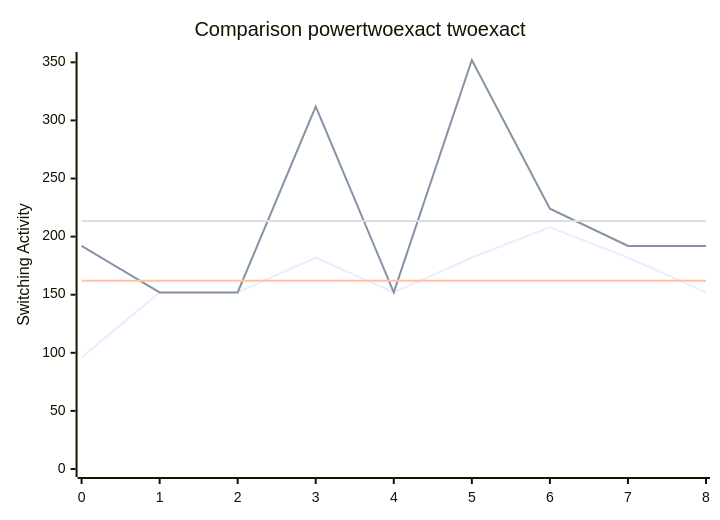
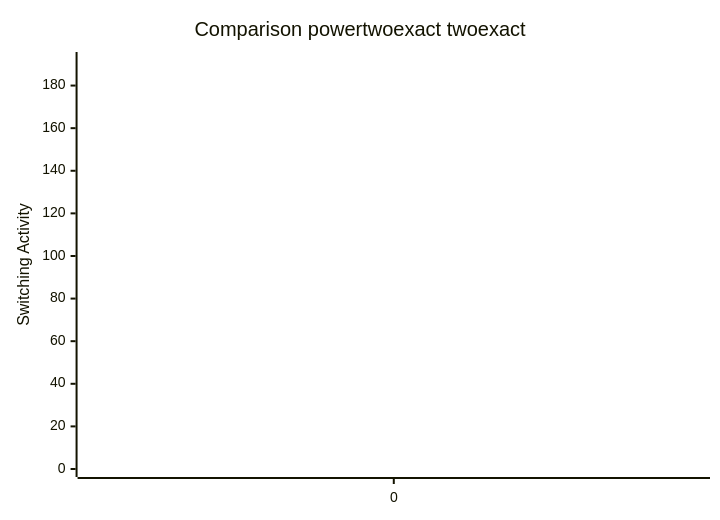
The diagram in benchmark.md (FeldmeierMichael/Exact-Power-Synthesis), drawn with Mermaid before and after one commit. The commit also changed other lines of this file and 2 other files, not shown here.

````diff
--- a/benchmark.md
+++ b/benchmark.md
@@ -11,10 +12,10 @@
 ```mermaid
 xychart-beta
     title "Comparison powertwoexact twoexact"
-    x-axis [0, 1, 2, 3, 4, 5, 6, 7, 8]
-    y-axis "Switching Activity" 0-->352
-    line [96, 152, 152, 182, 152, 182, 208, 182, 152]
-    line [192, 152, 152, 312, 152, 352, 224, 192, 192]
-    line [162.0, 162.0, 162.0, 162.0, 162.0, 162.0, 162.0, 162.0, 162.0]
-    line [213.33333333333334, 213.33333333333334, 213.33333333333334, 213.33333333333334, 213.33333333333334, 213.33333333333334, 213.33333333333334, 213.33333333333334, 213.33333333333334]
+    x-axis [0]
+    y-axis "Switching Activity" 0-->192
+    line [96]
+    line [192]
+    line [96.0]
+    line [192.0]
 ```
````
